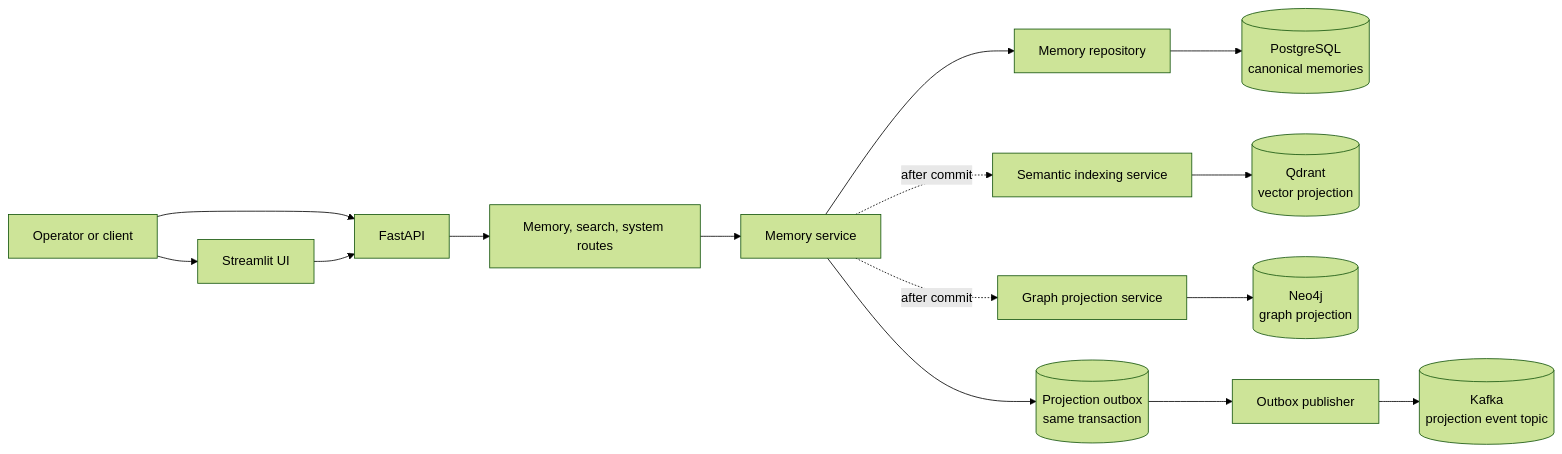
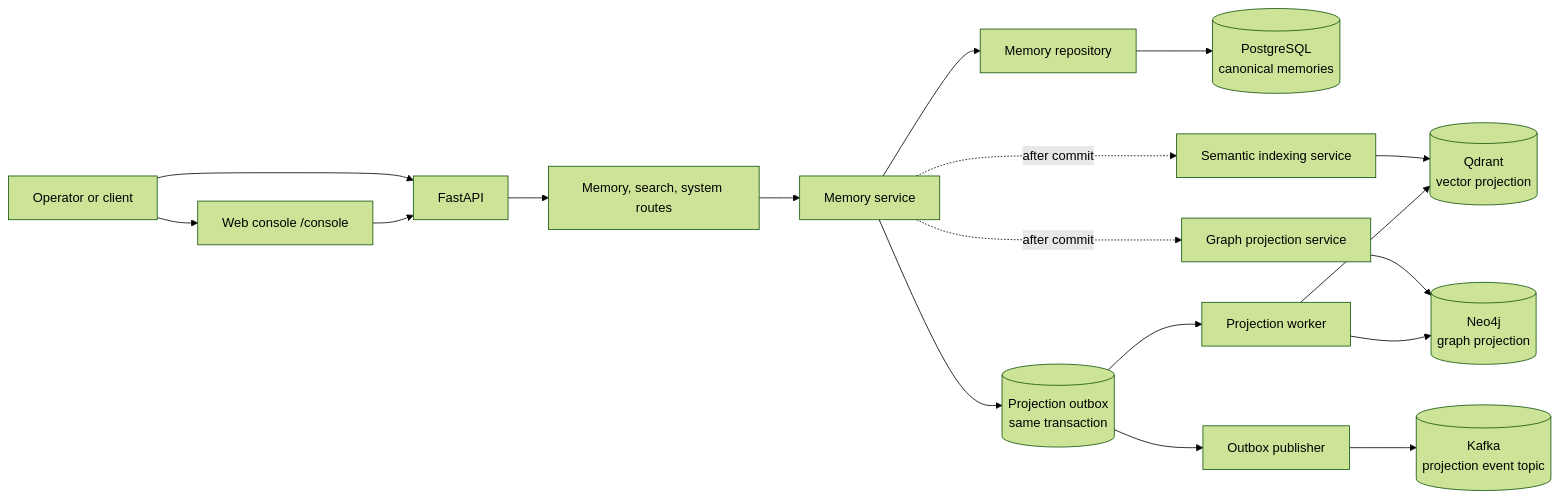
One commit to Uzu-mak/AegisOps-AI-Multimodal-Enterprise-GraphRAG-Reliability-Platform changed the first of 3 diagrams in README.md. Above: the diagram before and after it, drawn with Mermaid (forest theme). The commit also changed other lines of this file and 35 other files, not shown here.

First line of the commit message:
Fix degraded-mode hangs, apply outbox projections, add web console

````diff
--- a/README.md
+++ b/README.md
@@ -26,20 +27,23 @@
 ```mermaid
 flowchart LR
-    Operator[Operator or client] --> UI[Streamlit UI]
+    Operator[Operator or client] --> UI[Web console /console]
     Operator --> API[FastAPI]
     UI --> API
 
     API --> Routes[Memory, search, system routes]
     Routes --> Service[Memory service]
     Service --> Repo[Memory repository]
     Repo --> PG[(PostgreSQL\ncanonical memories)]
     Service --> Outbox[(Projection outbox\nsame transaction)]
 
     Service -. after commit .-> Semantic[Semantic indexing service]
     Semantic --> Qdrant[(Qdrant\nvector projection)]
     Service -. after commit .-> Graph[Graph projection service]
     Graph --> Neo4j[(Neo4j\ngraph projection)]
 
+    Outbox --> Worker[Projection worker]
+    Worker --> Qdrant
+    Worker --> Neo4j
     Outbox --> Publisher[Outbox publisher]
     Publisher --> Kafka[(Kafka\nprojection event topic)]
 ```
````
